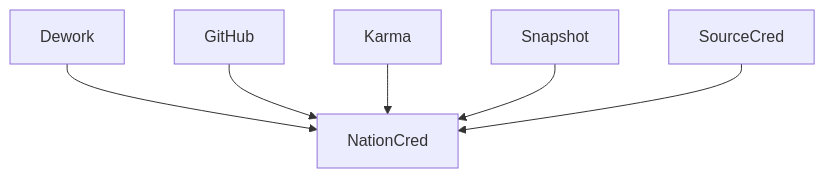
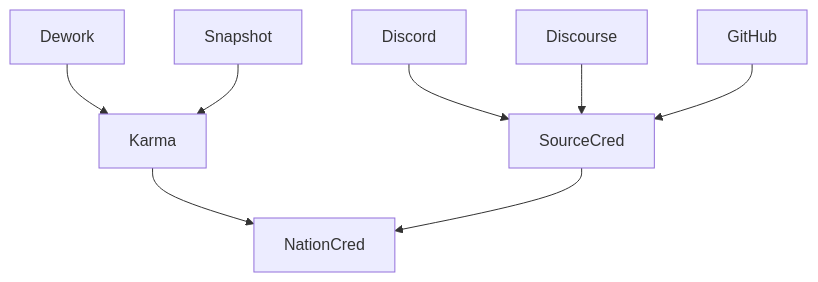
Before and after one commit to nation3/nationcred-datasets: the diagram in README.md, drawn with Mermaid.

````diff
--- a/README.md
+++ b/README.md
@@ -7,8 +7,10 @@
 ```mermaid
 graph TD;
-    Dework-->NationCred;
-    GitHub-->NationCred;
+    Dework-->Karma;
+    Discord-->SourceCred;
+    Discourse-->SourceCred;
+    GitHub-->SourceCred;
     Karma-->NationCred;
-    Snapshot-->NationCred;
+    Snapshot-->Karma;
     SourceCred-->NationCred;
 ```
````
